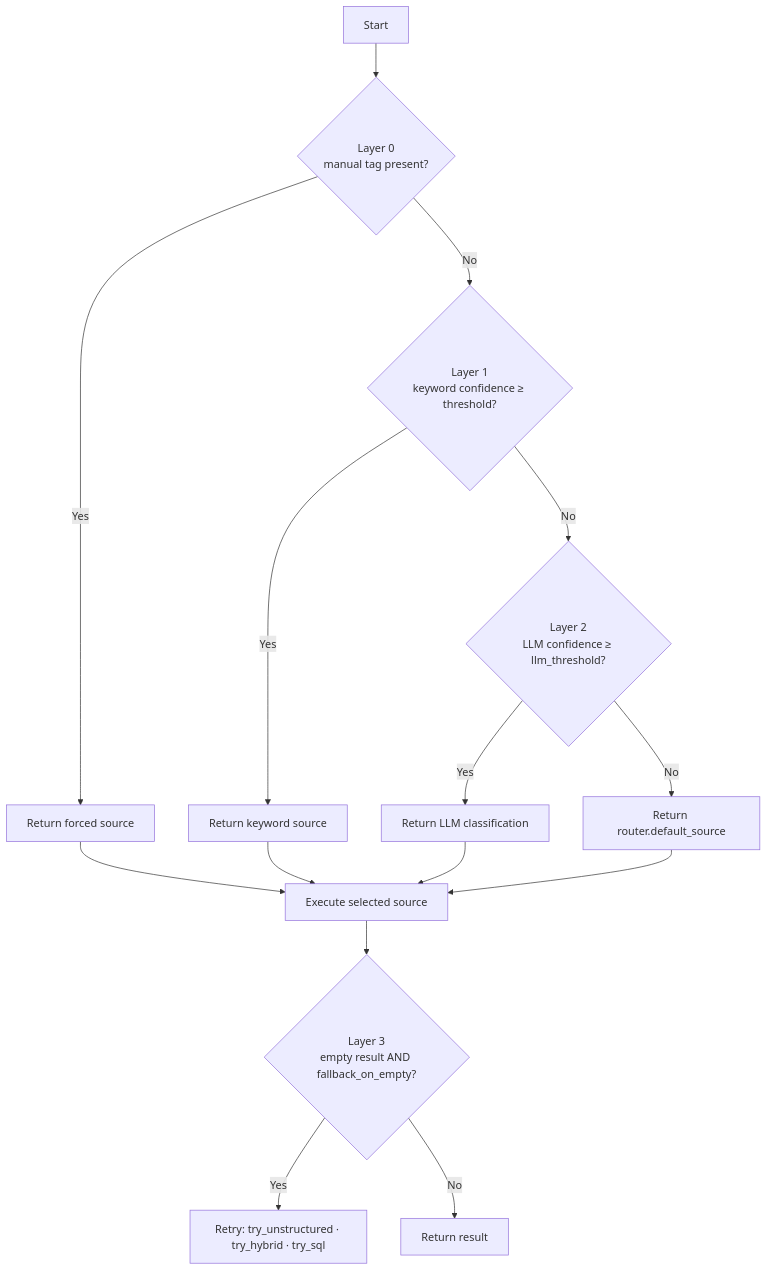
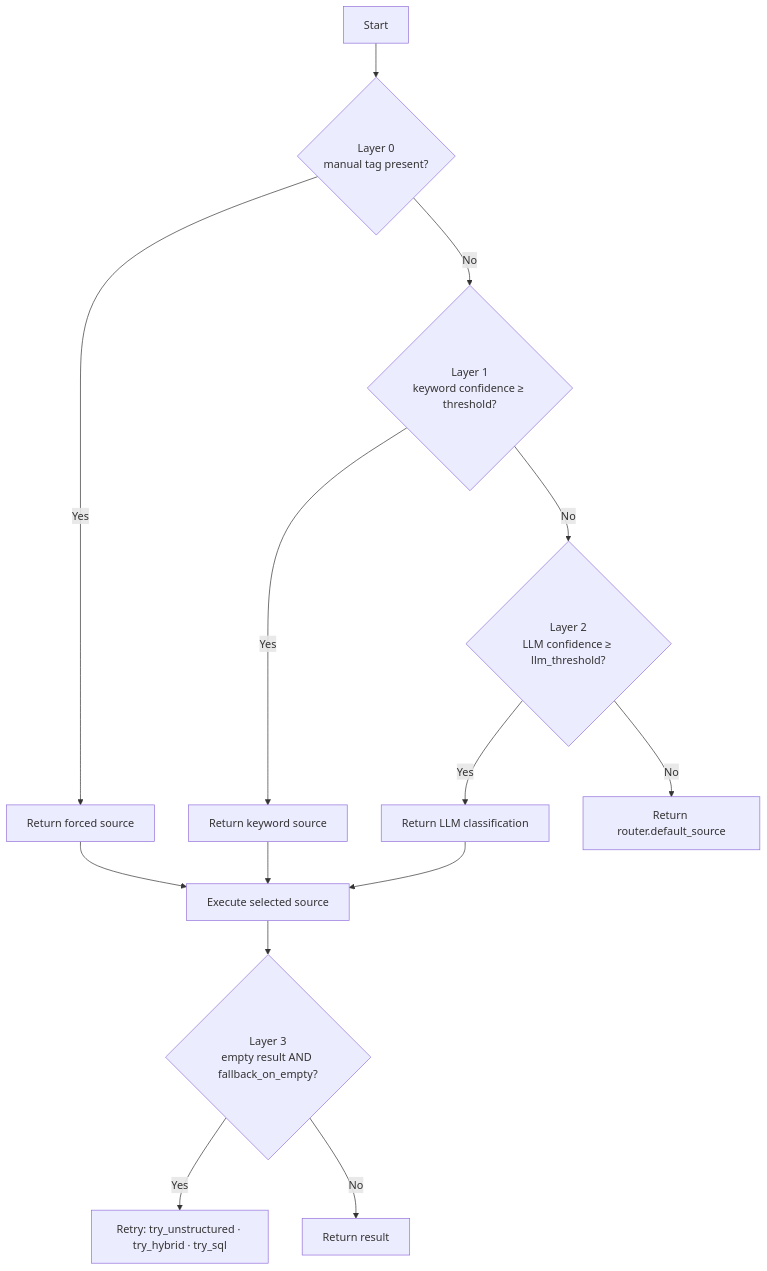
The fifth of 6 diagrams in README.md (danvazsan2/local-agentic-rag-framework), drawn with Mermaid before and after one commit. The commit also changed other lines of this file, not shown here.

````diff
--- a/README.md
+++ b/README.md
@@ -458,17 +466,16 @@
 ```mermaid
 flowchart TD
     S["Start"] --> L0{"Layer 0<br/>manual tag present?"}
     L0 -->|Yes| F0["Return forced source"]
     L0 -->|No| L1{"Layer 1<br/>keyword confidence ≥ threshold?"}
     L1 -->|Yes| F1["Return keyword source"]
     L1 -->|No| L2{"Layer 2<br/>LLM confidence ≥ llm_threshold?"}
     L2 -->|Yes| F2["Return LLM classification"]
     L2 -->|No| FD["Return router.default_source"]
     F0 --> EX["Execute selected source"]
     F1 --> EX
     F2 --> EX
-    FD --> EX
     EX --> L3{"Layer 3<br/>empty result AND fallback_on_empty?"}
     L3 -->|Yes| RT["Retry: try_unstructured · try_hybrid · try_sql"]
     L3 -->|No| DONE["Return result"]
 ```
````
